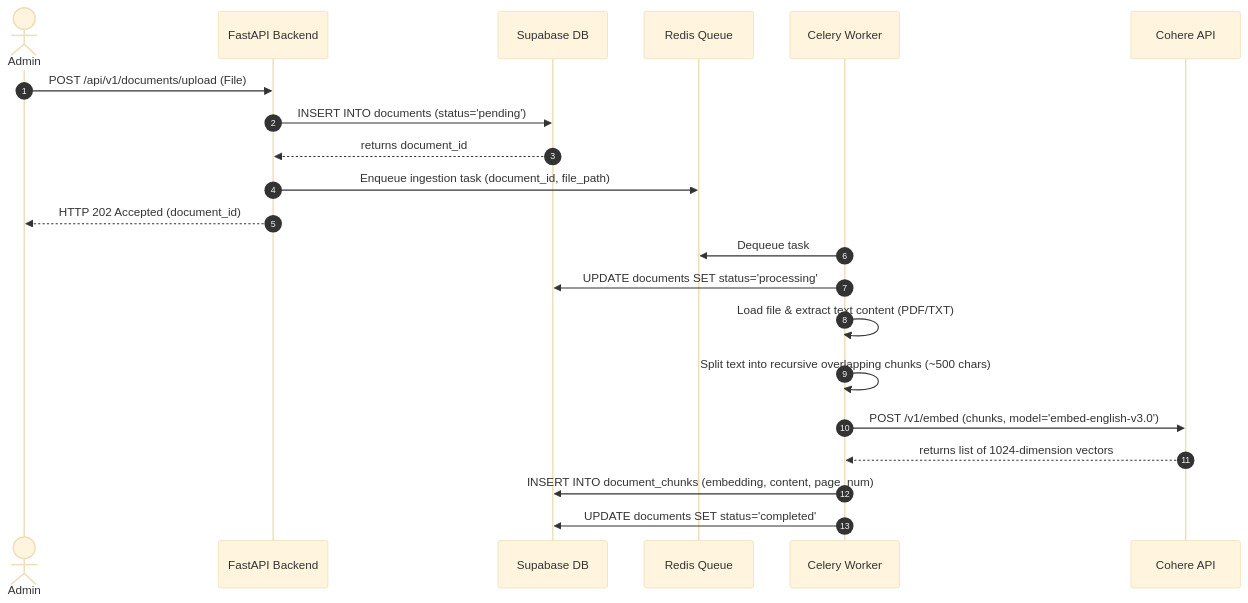
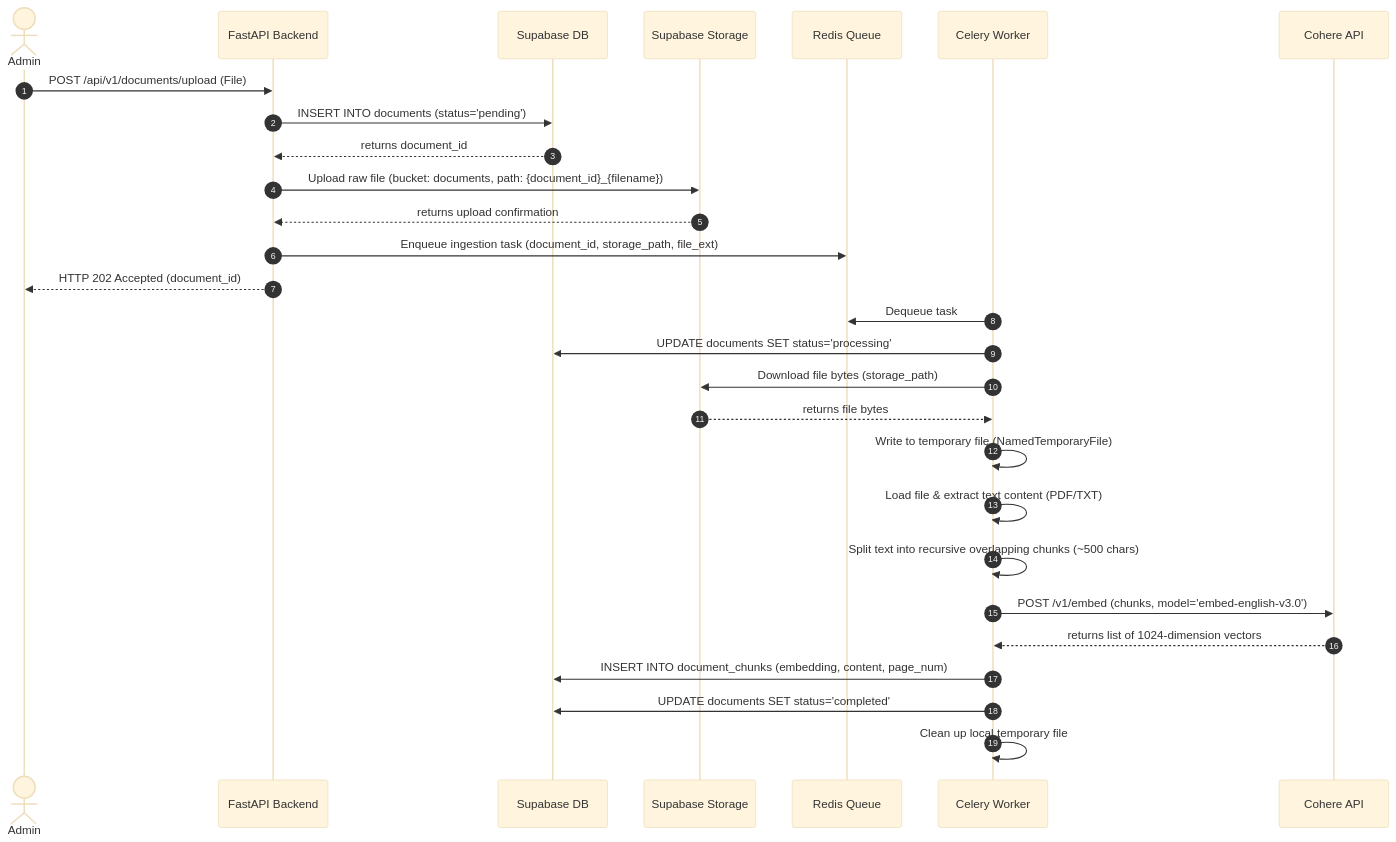
One commit to Shubham070520/Document-Q-A-System-with-Multi-Role-Access changed the third of 4 diagrams in docs/architecture.md. Above: the diagram before and after it, drawn with Mermaid (base theme). The commit also changed other lines of this file and 1 other file, not shown here.

Commit message:
docs: add system architecture overview and project implementation plan

````diff
--- a/docs/architecture.md
+++ b/docs/architecture.md
@@ -340,25 +340,32 @@
 ```mermaid
 sequenceDiagram
     autonumber
     actor Admin
     participant API as FastAPI Backend
     participant DB as Supabase DB
+    participant Storage as Supabase Storage
     participant Redis as Redis Queue
     participant CW as Celery Worker
     participant Cohere as Cohere API
     
     Admin->>API: POST /api/v1/documents/upload (File)
     API->>DB: INSERT INTO documents (status='pending')
     DB-->>API: returns document_id
-    API->>Redis: Enqueue ingestion task (document_id, file_path)
+    API->>Storage: Upload raw file (bucket: documents, path: {document_id}_{filename})
+    Storage-->>API: returns upload confirmation
+    API->>Redis: Enqueue ingestion task (document_id, storage_path, file_ext)
     API-->>Admin: HTTP 202 Accepted (document_id)
     
     CW->>Redis: Dequeue task
     CW->>DB: UPDATE documents SET status='processing'
+    CW->>Storage: Download file bytes (storage_path)
+    Storage-->>CW: returns file bytes
+    CW->>CW: Write to temporary file (NamedTemporaryFile)
     CW->>CW: Load file & extract text content (PDF/TXT)
     CW->>CW: Split text into recursive overlapping chunks (~500 chars)
     CW->>Cohere: POST /v1/embed (chunks, model='embed-english-v3.0')
     Cohere-->>CW: returns list of 1024-dimension vectors
     CW->>DB: INSERT INTO document_chunks (embedding, content, page_num)
     CW->>DB: UPDATE documents SET status='completed'
+    CW->>CW: Clean up local temporary file
 ```
````
